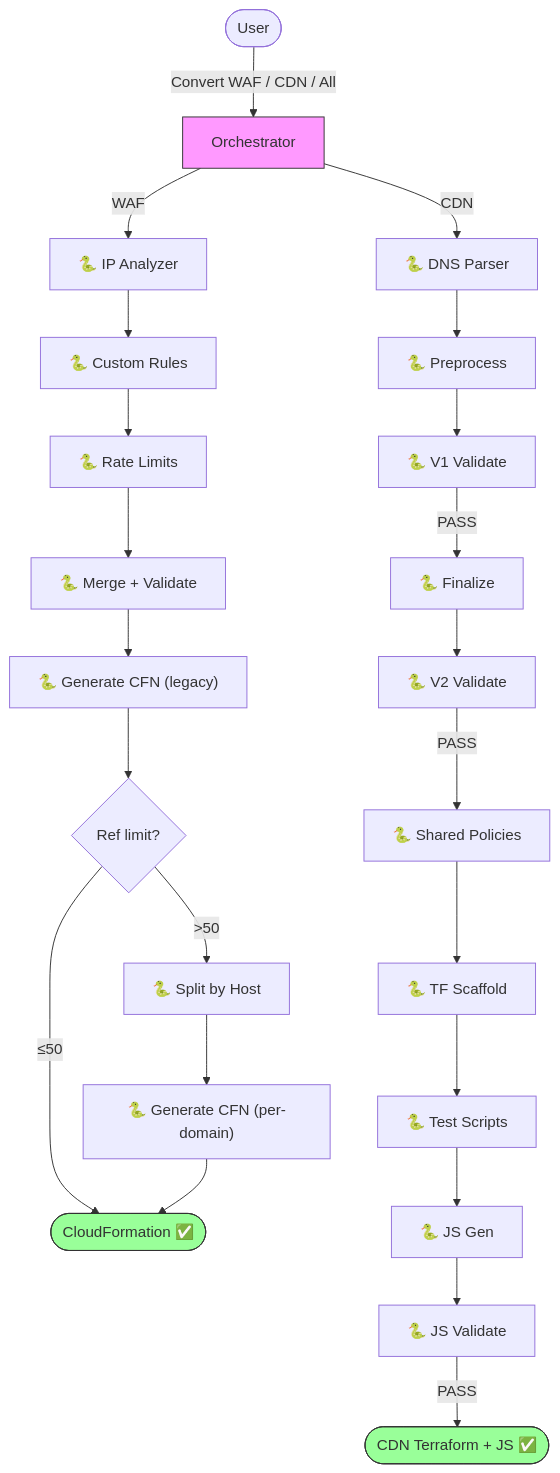
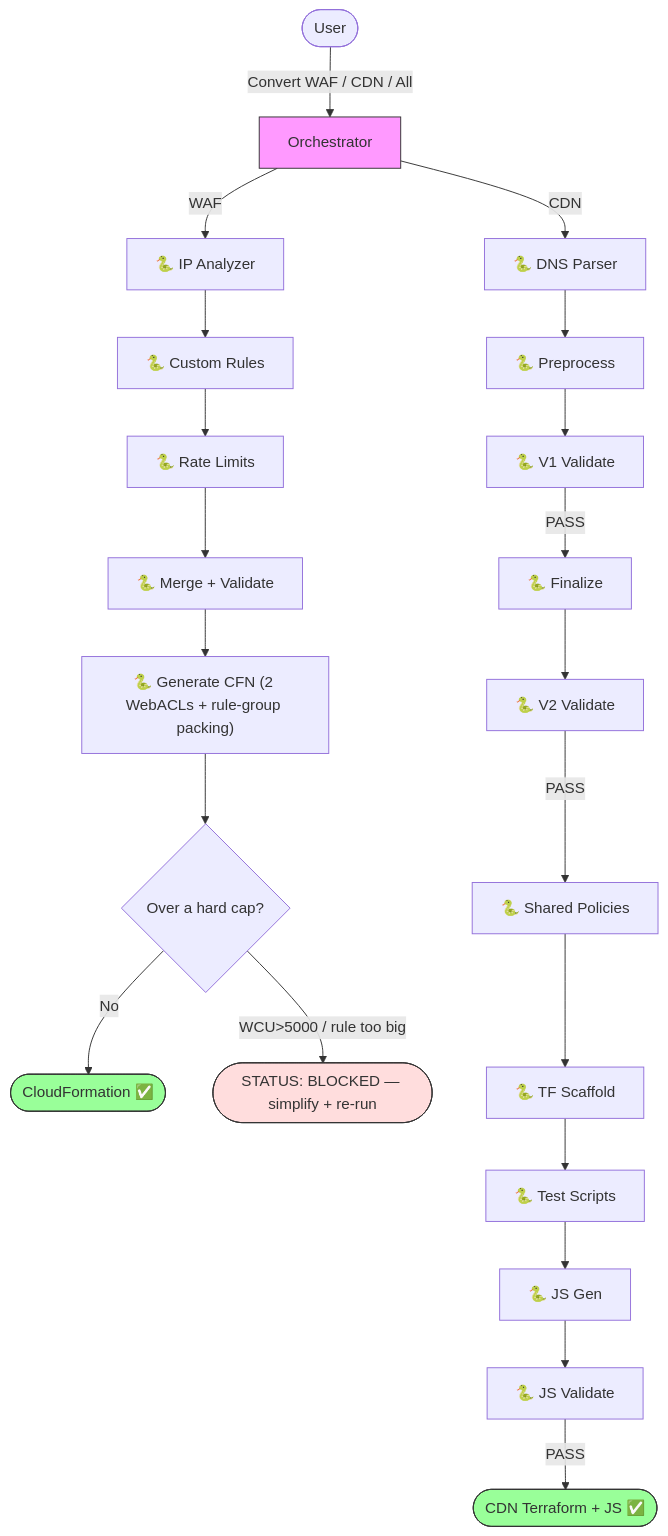
One commit to chenghit/cloudflare-aws-edge-config-converter changed the diagram in README.md. Above: the diagram before and after it, drawn with Mermaid. The commit also changed other lines of this file and 13 other files, not shown here.

First line of the commit message:
docs: sync WAF docs with the packer/WCU/BLOCKED changes; stop citing the external backup repo

````diff
--- a/README.md
+++ b/README.md
@@ -76,23 +76,24 @@
 ```mermaid
 flowchart TD
     User([User]) -->|"Convert WAF / CDN / All"| Main["Orchestrator"]
 
-    Main -->|WAF| WAF_A1["🐍 IP Analyzer"] --> WAF_A2["🐍 Custom Rules"] --> WAF_A3["🐍 Rate Limits"] --> WAF_M["🐍 Merge + Validate"] --> WAF_G["🐍 Generate CFN (legacy)"] --> WAF_C{Ref limit?}
-    WAF_C -->|"≤50"| WAF_Done([CloudFormation ✅])
-    WAF_C -->|">50"| WAF_SP["🐍 Split by Host"] --> WAF_GP["🐍 Generate CFN (per-domain)"] --> WAF_Done
+    Main -->|WAF| WAF_A1["🐍 IP Analyzer"] --> WAF_A2["🐍 Custom Rules"] --> WAF_A3["🐍 Rate Limits"] --> WAF_M["🐍 Merge + Validate"] --> WAF_G["🐍 Generate CFN (2 WebACLs + rule-group packing)"] --> WAF_C{Over a hard cap?}
+    WAF_C -->|"No"| WAF_Done([CloudFormation ✅])
+    WAF_C -->|"WCU>5000 / rule too big"| WAF_B([STATUS: BLOCKED — simplify + re-run])
 
     Main -->|CDN| CDN1["🐍 DNS Parser"] --> CDN3["🐍 Preprocess"]
     CDN3 --> CDN4["🐍 V1 Validate"]
     CDN4 -->|PASS| CDN5["🐍 Finalize"]
     CDN5 --> CDN6["🐍 V2 Validate"]
     CDN6 -->|PASS| CDN7["🐍 Shared Policies"]
     CDN7 --> CDN75["🐍 TF Scaffold"]
     CDN75 --> CDN76["🐍 Test Scripts"]
     CDN76 --> CDN8["🐍 JS Gen"]
     CDN8 --> CDN9["🐍 JS Validate"]
     CDN9 -->|PASS| CDN_Done([CDN Terraform + JS ✅])
 
     style Main fill:#f9f,stroke:#333
     style WAF_Done fill:#9f9,stroke:#333
+    style WAF_B fill:#fdd,stroke:#333
     style CDN_Done fill:#9f9,stroke:#333
 ```
````
